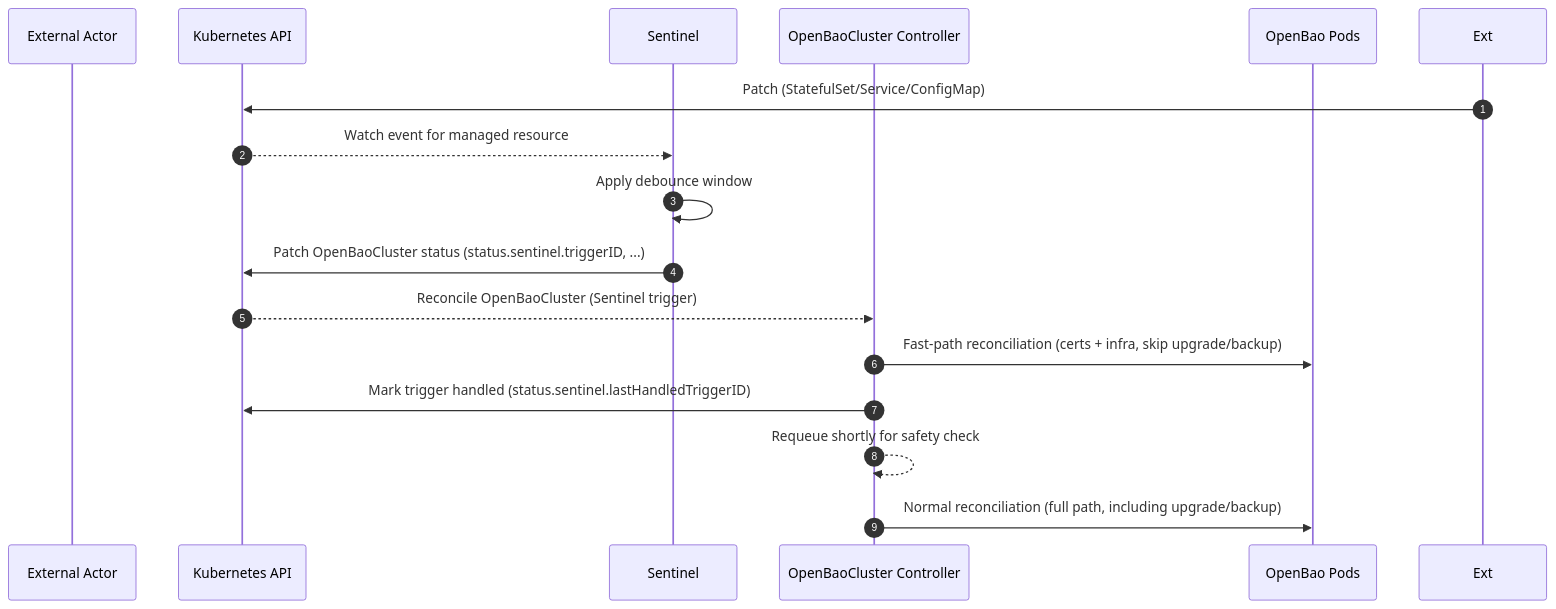
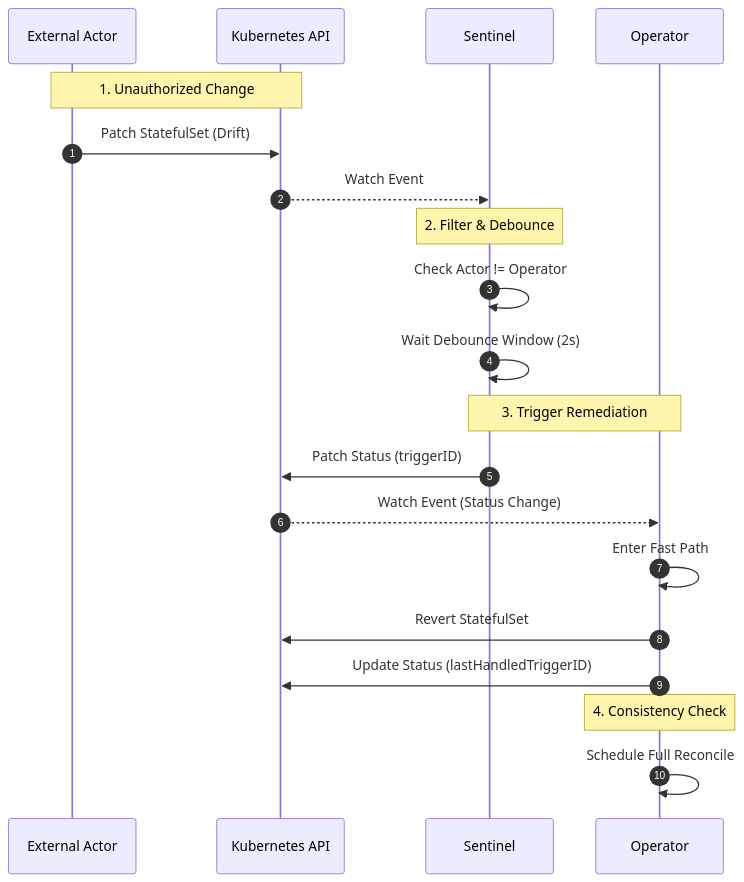
One commit to dc-tec/openbao-operator changed the diagram in docs/architecture/sentinel.md. Above: the diagram before and after it, drawn with Mermaid. The commit also changed other lines of this file and 75 other files, not shown here.

````diff
--- a/docs/architecture/sentinel.md
+++ b/docs/architecture/sentinel.md
@@ -18,19 +15,27 @@
 ```mermaid
 sequenceDiagram
     autonumber
-    participant Actor as External Actor
-    participant K as Kubernetes API
-    participant S as Sentinel
-    participant C as OpenBaoCluster Controller
-    participant Bao as OpenBao Pods
+    participant Ext as External Actor
+    participant K8s as Kubernetes API
+    participant Sen as Sentinel
+    participant Op as Operator
 
-    Ext->>K: Patch (StatefulSet/Service/ConfigMap)
-    K-->>S: Watch event for managed resource
-    S->>S: Apply debounce window
-    S->>K: Patch OpenBaoCluster status (status.sentinel.triggerID, ...)
-    K-->>C: Reconcile OpenBaoCluster (Sentinel trigger)
-    C->>Bao: Fast-path reconciliation (certs + infra, skip upgrade/backup)
-    C->>K: Mark trigger handled (status.sentinel.lastHandledTriggerID)
-    C-->>C: Requeue shortly for safety check
-    C->>Bao: Normal reconciliation (full path, including upgrade/backup)
+    Note over Ext, K8s: 1. Unauthorized Change
+    Ext->>K8s: Patch StatefulSet (Drift)
+    K8s-->>Sen: Watch Event
+
+    Note over Sen: 2. Filter & Debounce
+    Sen->>Sen: Check Actor != Operator
+    Sen->>Sen: Wait Debounce Window (2s)
+
+    Note over Sen, Op: 3. Trigger Remediation
+    Sen->>K8s: Patch Status (triggerID)
+    K8s-->>Op: Watch Event (Status Change)
+    
+    Op->>Op: Enter Fast Path
+    Op->>K8s: Revert StatefulSet
+    Op->>K8s: Update Status (lastHandledTriggerID)
+
+    Note over Op: 4. Consistency Check
+    Op->>Op: Schedule Full Reconcile
 ```
````
